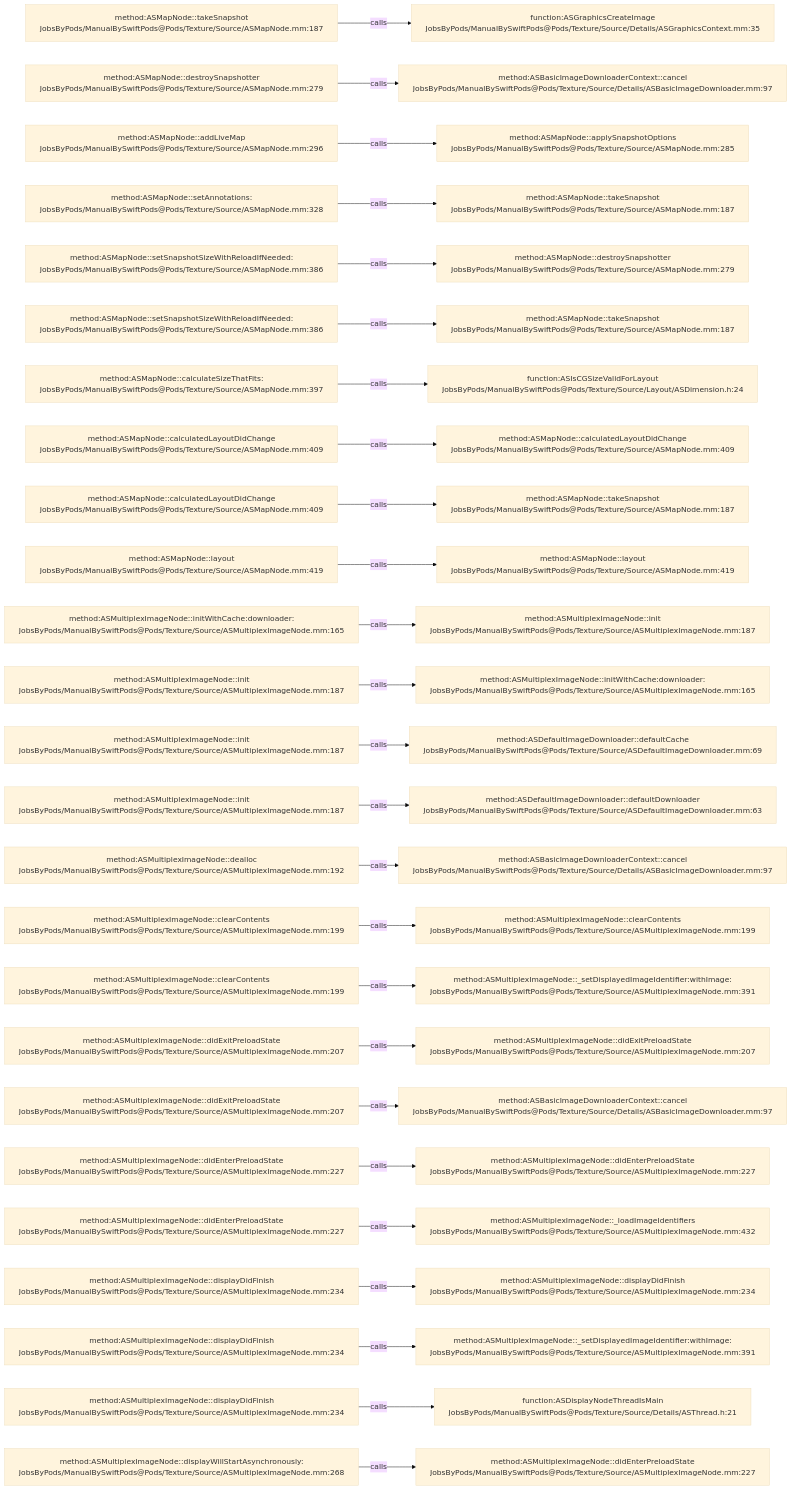
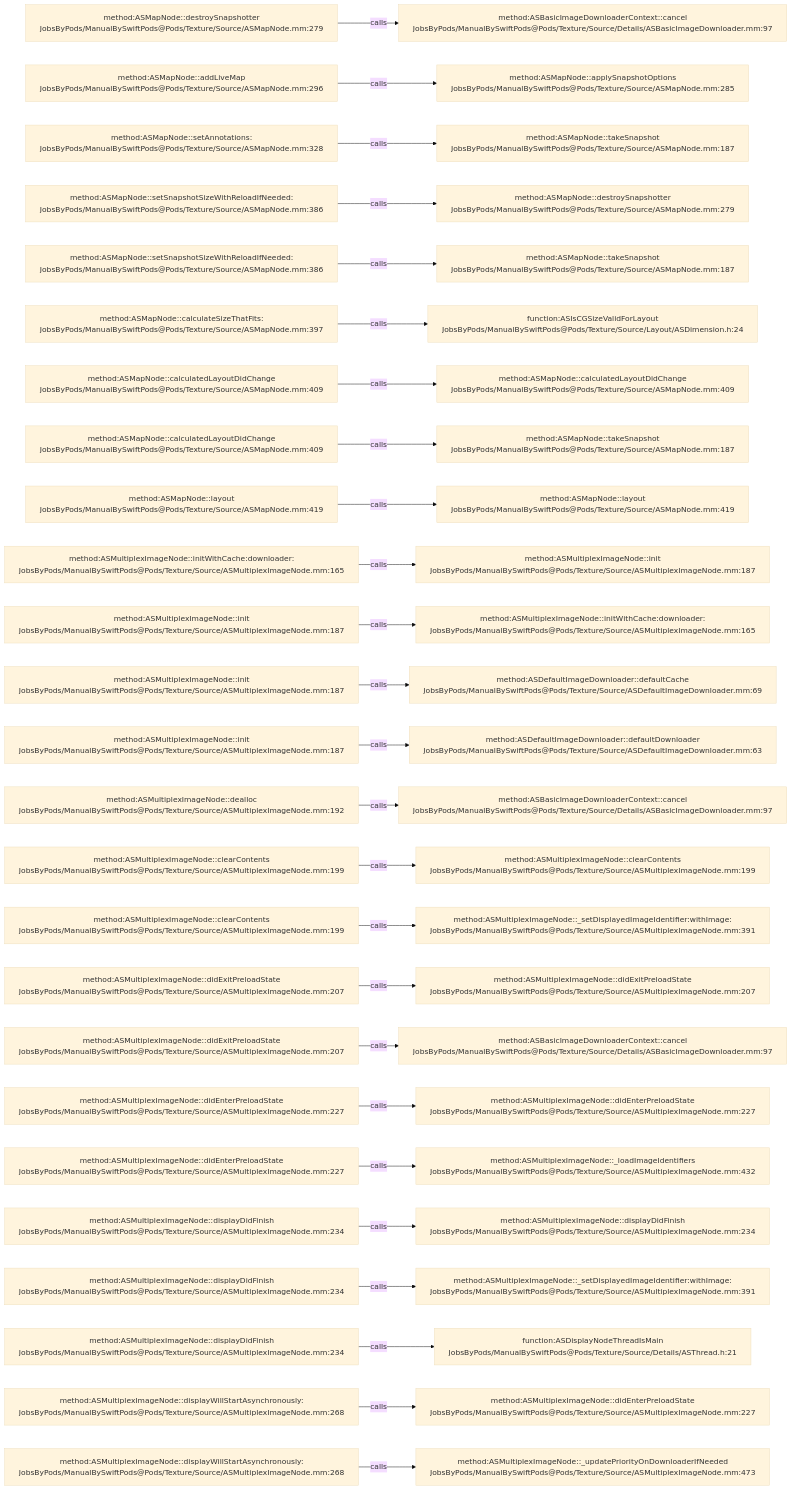
The diagram in .codegraph/codegraph.md/graphs/calls-046.md (JobsKits/JobsSwiftBaseConfigDemo), drawn with Mermaid (base theme) before and after one commit. The commit also changed 747 other files, not shown here.

````diff
--- a/.codegraph/codegraph.md/graphs/calls-046.md
+++ b/.codegraph/codegraph.md/graphs/calls-046.md
@@ -13,78 +13,78 @@
 ```mermaid
 flowchart LR
-  S1["method:ASMapNode::takeSnapshot<br/>JobsByPods/ManualBySwiftPods@Pods/Texture/Source/ASMapNode.mm:187"]
-  T1["function:ASGraphicsCreateImage<br/>JobsByPods/ManualBySwiftPods@Pods/Texture/Source/Details/ASGraphicsContext.mm:35"]
+  S1["method:ASMapNode::destroySnapshotter<br/>JobsByPods/ManualBySwiftPods@Pods/Texture/Source/ASMapNode.mm:279"]
+  T1["method:ASBasicImageDownloaderContext::cancel<br/>JobsByPods/ManualBySwiftPods@Pods/Texture/Source/Details/ASBasicImageDownloader.mm:97"]
   S1 -->|calls| T1
-  S2["method:ASMapNode::destroySnapshotter<br/>JobsByPods/ManualBySwiftPods@Pods/Texture/Source/ASMapNode.mm:279"]
-  T2["method:ASBasicImageDownloaderContext::cancel<br/>JobsByPods/ManualBySwiftPods@Pods/Texture/Source/Details/ASBasicImageDownloader.mm:97"]
+  S2["method:ASMapNode::addLiveMap<br/>JobsByPods/ManualBySwiftPods@Pods/Texture/Source/ASMapNode.mm:296"]
+  T2["method:ASMapNode::applySnapshotOptions<br/>JobsByPods/ManualBySwiftPods@Pods/Texture/Source/ASMapNode.mm:285"]
   S2 -->|calls| T2
-  S3["method:ASMapNode::addLiveMap<br/>JobsByPods/ManualBySwiftPods@Pods/Texture/Source/ASMapNode.mm:296"]
-  T3["method:ASMapNode::applySnapshotOptions<br/>JobsByPods/ManualBySwiftPods@Pods/Texture/Source/ASMapNode.mm:285"]
+  S3["method:ASMapNode::setAnnotations:<br/>JobsByPods/ManualBySwiftPods@Pods/Texture/Source/ASMapNode.mm:328"]
+  T3["method:ASMapNode::takeSnapshot<br/>JobsByPods/ManualBySwiftPods@Pods/Texture/Source/ASMapNode.mm:187"]
   S3 -->|calls| T3
-  S4["method:ASMapNode::setAnnotations:<br/>JobsByPods/ManualBySwiftPods@Pods/Texture/Source/ASMapNode.mm:328"]
-  T4["method:ASMapNode::takeSnapshot<br/>JobsByPods/ManualBySwiftPods@Pods/Texture/Source/ASMapNode.mm:187"]
+  S4["method:ASMapNode::setSnapshotSizeWithReloadIfNeeded:<br/>JobsByPods/ManualBySwiftPods@Pods/Texture/Source/ASMapNode.mm:386"]
+  T4["method:ASMapNode::destroySnapshotter<br/>JobsByPods/ManualBySwiftPods@Pods/Texture/Source/ASMapNode.mm:279"]
   S4 -->|calls| T4
   S5["method:ASMapNode::setSnapshotSizeWithReloadIfNeeded:<br/>JobsByPods/ManualBySwiftPods@Pods/Texture/Source/ASMapNode.mm:386"]
-  T5["method:ASMapNode::destroySnapshotter<br/>JobsByPods/ManualBySwiftPods@Pods/Texture/Source/ASMapNode.mm:279"]
+  T5["method:ASMapNode::takeSnapshot<br/>JobsByPods/ManualBySwiftPods@Pods/Texture/Source/ASMapNode.mm:187"]
   S5 -->|calls| T5
-  S6["method:ASMapNode::setSnapshotSizeWithReloadIfNeeded:<br/>JobsByPods/ManualBySwiftPods@Pods/Texture/Source/ASMapNode.mm:386"]
-  T6["method:ASMapNode::takeSnapshot<br/>JobsByPods/ManualBySwiftPods@Pods/Texture/Source/ASMapNode.mm:187"]
+  S6["method:ASMapNode::calculateSizeThatFits:<br/>JobsByPods/ManualBySwiftPods@Pods/Texture/Source/ASMapNode.mm:397"]
+  T6["function:ASIsCGSizeValidForLayout<br/>JobsByPods/ManualBySwiftPods@Pods/Texture/Source/Layout/ASDimension.h:24"]
   S6 -->|calls| T6
-  S7["method:ASMapNode::calculateSizeThatFits:<br/>JobsByPods/ManualBySwiftPods@Pods/Texture/Source/ASMapNode.mm:397"]
-  T7["function:ASIsCGSizeValidForLayout<br/>JobsByPods/ManualBySwiftPods@Pods/Texture/Source/Layout/ASDimension.h:24"]
+  S7["method:ASMapNode::calculatedLayoutDidChange<br/>JobsByPods/ManualBySwiftPods@Pods/Texture/Source/ASMapNode.mm:409"]
+  T7["method:ASMapNode::calculatedLayoutDidChange<br/>JobsByPods/ManualBySwiftPods@Pods/Texture/Source/ASMapNode.mm:409"]
   S7 -->|calls| T7
   S8["method:ASMapNode::calculatedLayoutDidChange<br/>JobsByPods/ManualBySwiftPods@Pods/Texture/Source/ASMapNode.mm:409"]
-  T8["method:ASMapNode::calculatedLayoutDidChange<br/>JobsByPods/ManualBySwiftPods@Pods/Texture/Source/ASMapNode.mm:409"]
+  T8["method:ASMapNode::takeSnapshot<br/>JobsByPods/ManualBySwiftPods@Pods/Texture/Source/ASMapNode.mm:187"]
   S8 -->|calls| T8
-  S9["method:ASMapNode::calculatedLayoutDidChange<br/>JobsByPods/ManualBySwiftPods@Pods/Texture/Source/ASMapNode.mm:409"]
-  T9["method:ASMapNode::takeSnapshot<br/>JobsByPods/ManualBySwiftPods@Pods/Texture/Source/ASMapNode.mm:187"]
+  S9["method:ASMapNode::layout<br/>JobsByPods/ManualBySwiftPods@Pods/Texture/Source/ASMapNode.mm:419"]
+  T9["method:ASMapNode::layout<br/>JobsByPods/ManualBySwiftPods@Pods/Texture/Source/ASMapNode.mm:419"]
   S9 -->|calls| T9
-  S10["method:ASMapNode::layout<br/>JobsByPods/ManualBySwiftPods@Pods/Texture/Source/ASMapNode.mm:419"]
-  T10["method:ASMapNode::layout<br/>JobsByPods/ManualBySwiftPods@Pods/Texture/Source/ASMapNode.mm:419"]
+  S10["method:ASMultiplexImageNode::initWithCache:downloader:<br/>JobsByPods/ManualBySwiftPods@Pods/Texture/Source/ASMultiplexImageNode.mm:165"]
+  T10["method:ASMultiplexImageNode::init<br/>JobsByPods/ManualBySwiftPods@Pods/Texture/Source/ASMultiplexImageNode.mm:187"]
   S10 -->|calls| T10
-  S11["method:ASMultiplexImageNode::initWithCache:downloader:<br/>JobsByPods/ManualBySwiftPods@Pods/Texture/Source/ASMultiplexImageNode.mm:165"]
-  T11["method:ASMultiplexImageNode::init<br/>JobsByPods/ManualBySwiftPods@Pods/Texture/Source/ASMultiplexImageNode.mm:187"]
+  S11["method:ASMultiplexImageNode::init<br/>JobsByPods/ManualBySwiftPods@Pods/Texture/Source/ASMultiplexImageNode.mm:187"]
+  T11["method:ASMultiplexImageNode::initWithCache:downloader:<br/>JobsByPods/ManualBySwiftPods@Pods/Texture/Source/ASMultiplexImageNode.mm:165"]
   S11 -->|calls| T11
   S12["method:ASMultiplexImageNode::init<br/>JobsByPods/ManualBySwiftPods@Pods/Texture/Source/ASMultiplexImageNode.mm:187"]
-  T12["method:ASMultiplexImageNode::initWithCache:downloader:<br/>JobsByPods/ManualBySwiftPods@Pods/Texture/Source/ASMultiplexImageNode.mm:165"]
+  T12["method:ASDefaultImageDownloader::defaultCache<br/>JobsByPods/ManualBySwiftPods@Pods/Texture/Source/ASDefaultImageDownloader.mm:69"]
   S12 -->|calls| T12
   S13["method:ASMultiplexImageNode::init<br/>JobsByPods/ManualBySwiftPods@Pods/Texture/Source/ASMultiplexImageNode.mm:187"]
-  T13["method:ASDefaultImageDownloader::defaultCache<br/>JobsByPods/ManualBySwiftPods@Pods/Texture/Source/ASDefaultImageDownloader.mm:69"]
+  T13["method:ASDefaultImageDownloader::defaultDownloader<br/>JobsByPods/ManualBySwiftPods@Pods/Texture/Source/ASDefaultImageDownloader.mm:63"]
   S13 -->|calls| T13
-  S14["method:ASMultiplexImageNode::init<br/>JobsByPods/ManualBySwiftPods@Pods/Texture/Source/ASMultiplexImageNode.mm:187"]
-  T14["method:ASDefaultImageDownloader::defaultDownloader<br/>JobsByPods/ManualBySwiftPods@Pods/Texture/Source/ASDefaultImageDownloader.mm:63"]
+  S14["method:ASMultiplexImageNode::dealloc<br/>JobsByPods/ManualBySwiftPods@Pods/Texture/Source/ASMultiplexImageNode.mm:192"]
+  T14["method:ASBasicImageDownloaderContext::cancel<br/>JobsByPods/ManualBySwiftPods@Pods/Texture/Source/Details/ASBasicImageDownloader.mm:97"]
   S14 -->|calls| T14
-  S15["method:ASMultiplexImageNode::dealloc<br/>JobsByPods/ManualBySwiftPods@Pods/Texture/Source/ASMultiplexImageNode.mm:192"]
-  T15["method:ASBasicImageDownloaderContext::cancel<br/>JobsByPods/ManualBySwiftPods@Pods/Texture/Source/Details/ASBasicImageDownloader.mm:97"]
+  S15["method:ASMultiplexImageNode::clearContents<br/>JobsByPods/ManualBySwiftPods@Pods/Texture/Source/ASMultiplexImageNode.mm:199"]
+  T15["method:ASMultiplexImageNode::clearContents<br/>JobsByPods/ManualBySwiftPods@Pods/Texture/Source/ASMultiplexImageNode.mm:199"]
   S15 -->|calls| T15
   S16["method:ASMultiplexImageNode::clearContents<br/>JobsByPods/ManualBySwiftPods@Pods/Texture/Source/ASMultiplexImageNode.mm:199"]
-  T16["method:ASMultiplexImageNode::clearContents<br/>JobsByPods/ManualBySwiftPods@Pods/Texture/Source/ASMultiplexImageNode.mm:199"]
+  T16["method:ASMultiplexImageNode::_setDisplayedImageIdentifier:withImage:<br/>JobsByPods/ManualBySwiftPods@Pods/Texture/Source/ASMultiplexImageNode.mm:391"]
   S16 -->|calls| T16
-  S17["method:ASMultiplexImageNode::clearContents<br/>JobsByPods/ManualBySwiftPods@Pods/Texture/Source/ASMultiplexImageNode.mm:199"]
-  T17["method:ASMultiplexImageNode::_setDisplayedImageIdentifier:withImage:<br/>JobsByPods/ManualBySwiftPods@Pods/Texture/Source/ASMultiplexImageNode.mm:391"]
+  S17["method:ASMultiplexImageNode::didExitPreloadState<br/>JobsByPods/ManualBySwiftPods@Pods/Texture/Source/ASMultiplexImageNode.mm:207"]
+  T17["method:ASMultiplexImageNode::didExitPreloadState<br/>JobsByPods/ManualBySwiftPods@Pods/Texture/Source/ASMultiplexImageNode.mm:207"]
   S17 -->|calls| T17
   S18["method:ASMultiplexImageNode::didExitPreloadState<br/>JobsByPods/ManualBySwiftPods@Pods/Texture/Source/ASMultiplexImageNode.mm:207"]
-  T18["method:ASMultiplexImageNode::didExitPreloadState<br/>JobsByPods/ManualBySwiftPods@Pods/Texture/Source/ASMultiplexImageNode.mm:207"]
+  T18["method:ASBasicImageDownloaderContext::cancel<br/>JobsByPods/ManualBySwiftPods@Pods/Texture/Source/Details/ASBasicImageDownloader.mm:97"]
   S18 -->|calls| T18
-  S19["method:ASMultiplexImageNode::didExitPreloadState<br/>JobsByPods/ManualBySwiftPods@Pods/Texture/Source/ASMultiplexImageNode.mm:207"]
-  T19["method:ASBasicImageDownloaderContext::cancel<br/>JobsByPods/ManualBySwiftPods@Pods/Texture/Source/Details/ASBasicImageDownloader.mm:97"]
+  S19["method:ASMultiplexImageNode::didEnterPreloadState<br/>JobsByPods/ManualBySwiftPods@Pods/Texture/Source/ASMultiplexImageNode.mm:227"]
+  T19["method:ASMultiplexImageNode::didEnterPreloadState<br/>JobsByPods/ManualBySwiftPods@Pods/Texture/Source/ASMultiplexImageNode.mm:227"]
   S19 -->|calls| T19
   S20["method:ASMultiplexImageNode::didEnterPreloadState<br/>JobsByPods/ManualBySwiftPods@Pods/Texture/Source/ASMultiplexImageNode.mm:227"]
-  T20["method:ASMultiplexImageNode::didEnterPreloadState<br/>JobsByPods/ManualBySwiftPods@Pods/Texture/Source/ASMultiplexImageNode.mm:227"]
+  T20["method:ASMultiplexImageNode::_loadImageIdentifiers<br/>JobsByPods/ManualBySwiftPods@Pods/Texture/Source/ASMultiplexImageNode.mm:432"]
   S20 -->|calls| T20
-  S21["method:ASMultiplexImageNode::didEnterPreloadState<br/>JobsByPods/ManualBySwiftPods@Pods/Texture/Source/ASMultiplexImageNode.mm:227"]
-  T21["method:ASMultiplexImageNode::_loadImageIdentifiers<br/>JobsByPods/ManualBySwiftPods@Pods/Texture/Source/ASMultiplexImageNode.mm:432"]
+  S21["method:ASMultiplexImageNode::displayDidFinish<br/>JobsByPods/ManualBySwiftPods@Pods/Texture/Source/ASMultiplexImageNode.mm:234"]
+  T21["method:ASMultiplexImageNode::displayDidFinish<br/>JobsByPods/ManualBySwiftPods@Pods/Texture/Source/ASMultiplexImageNode.mm:234"]
   S21 -->|calls| T21
   S22["method:ASMultiplexImageNode::displayDidFinish<br/>JobsByPods/ManualBySwiftPods@Pods/Texture/Source/ASMultiplexImageNode.mm:234"]
-  T22["method:ASMultiplexImageNode::displayDidFinish<br/>JobsByPods/ManualBySwiftPods@Pods/Texture/Source/ASMultiplexImageNode.mm:234"]
+  T22["method:ASMultiplexImageNode::_setDisplayedImageIdentifier:withImage:<br/>JobsByPods/ManualBySwiftPods@Pods/Texture/Source/ASMultiplexImageNode.mm:391"]
   S22 -->|calls| T22
   S23["method:ASMultiplexImageNode::displayDidFinish<br/>JobsByPods/ManualBySwiftPods@Pods/Texture/Source/ASMultiplexImageNode.mm:234"]
-  T23["method:ASMultiplexImageNode::_setDisplayedImageIdentifier:withImage:<br/>JobsByPods/ManualBySwiftPods@Pods/Texture/Source/ASMultiplexImageNode.mm:391"]
+  T23["function:ASDisplayNodeThreadIsMain<br/>JobsByPods/ManualBySwiftPods@Pods/Texture/Source/Details/ASThread.h:21"]
   S23 -->|calls| T23
-  S24["method:ASMultiplexImageNode::displayDidFinish<br/>JobsByPods/ManualBySwiftPods@Pods/Texture/Source/ASMultiplexImageNode.mm:234"]
-  T24["function:ASDisplayNodeThreadIsMain<br/>JobsByPods/ManualBySwiftPods@Pods/Texture/Source/Details/ASThread.h:21"]
+  S24["method:ASMultiplexImageNode::displayWillStartAsynchronously:<br/>JobsByPods/ManualBySwiftPods@Pods/Texture/Source/ASMultiplexImageNode.mm:268"]
+  T24["method:ASMultiplexImageNode::didEnterPreloadState<br/>JobsByPods/ManualBySwiftPods@Pods/Texture/Source/ASMultiplexImageNode.mm:227"]
   S24 -->|calls| T24
   S25["method:ASMultiplexImageNode::displayWillStartAsynchronously:<br/>JobsByPods/ManualBySwiftPods@Pods/Texture/Source/ASMultiplexImageNode.mm:268"]
-  T25["method:ASMultiplexImageNode::didEnterPreloadState<br/>JobsByPods/ManualBySwiftPods@Pods/Texture/Source/ASMultiplexImageNode.mm:227"]
+  T25["method:ASMultiplexImageNode::_updatePriorityOnDownloaderIfNeeded<br/>JobsByPods/ManualBySwiftPods@Pods/Texture/Source/ASMultiplexImageNode.mm:473"]
   S25 -->|calls| T25
 ```
````
